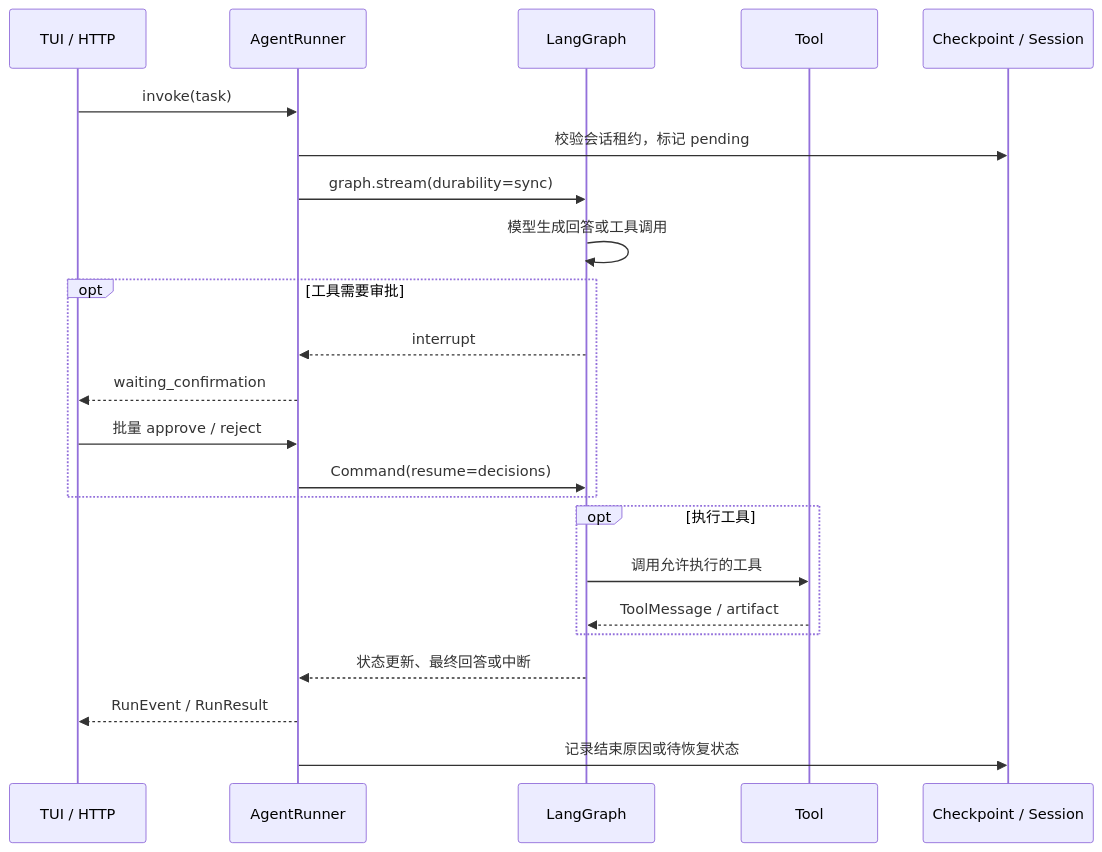
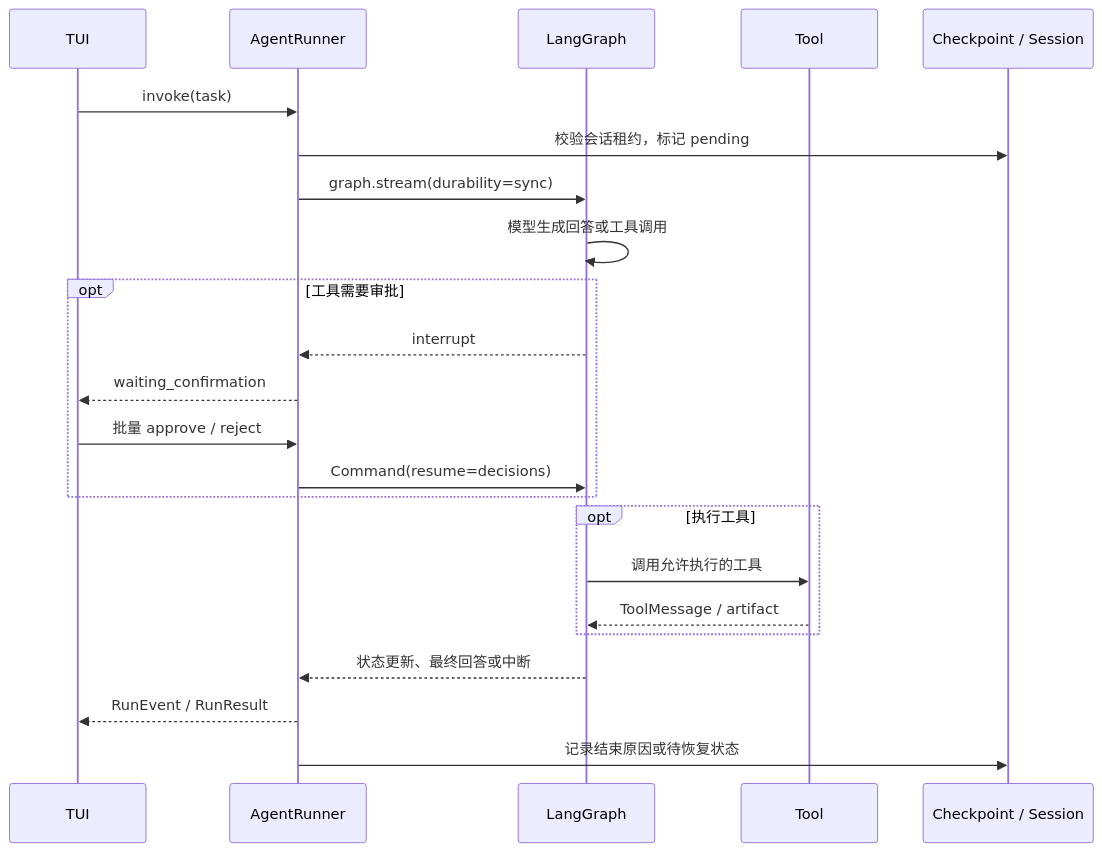
Before and after one commit to ADaozz/deep_agent_cli: the second of 2 diagrams in docs/architecture.md, drawn with Mermaid. The commit also changed other lines of this file and 32 other files, not shown here.

````diff
--- a/docs/architecture.md
+++ b/docs/architecture.md
@@ -116,25 +113,25 @@
 ```mermaid
 sequenceDiagram
-    participant U as TUI / HTTP
+    participant U as TUI
     participant R as AgentRunner
     participant G as LangGraph
     participant T as Tool
     participant S as Checkpoint / Session
     U->>R: invoke(task)
     R->>S: 校验会话租约，标记 pending
     R->>G: graph.stream(durability=sync)
     G->>G: 模型生成回答或工具调用
     opt 工具需要审批
         G-->>R: interrupt
         R-->>U: waiting_confirmation
         U->>R: 批量 approve / reject
         R->>G: Command(resume=decisions)
     end
     opt 执行工具
         G->>T: 调用允许执行的工具
         T-->>G: ToolMessage / artifact
     end
     G-->>R: 状态更新、最终回答或中断
     R-->>U: RunEvent / RunResult
     R->>S: 记录结束原因或待恢复状态
 ```
````
